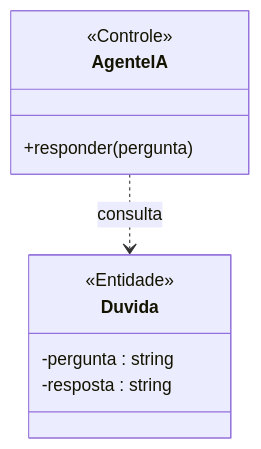
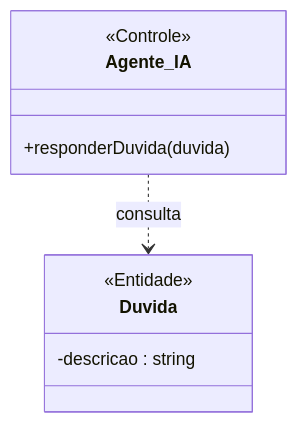
Before and after one commit to MayconDIS/PIM_III-Documentacao_UML: the first of 2 diagrams in 02_Modelagem_UML_Astah/UC08_Consultar_Agente_IA/README.md, drawn with Mermaid. The commit also changed other lines of this file and 234 other files, not shown here.

````diff
--- a/02_Modelagem_UML_Astah/UC08_Consultar_Agente_IA/README.md
+++ b/02_Modelagem_UML_Astah/UC08_Consultar_Agente_IA/README.md
@@ -44,13 +33,12 @@
 ```mermaid
 classDiagram
-    class AgenteIA {
+    class Agente_IA {
         <<Controle>>
-        +responder(pergunta)
+        +responderDuvida(duvida)
     }
     class Duvida {
         <<Entidade>>
-        -pergunta : string
-        -resposta : string
+        -descricao : string
     }
-    AgenteIA ..> Duvida : consulta
+    Agente_IA ..> Duvida : consulta
 ```
````
